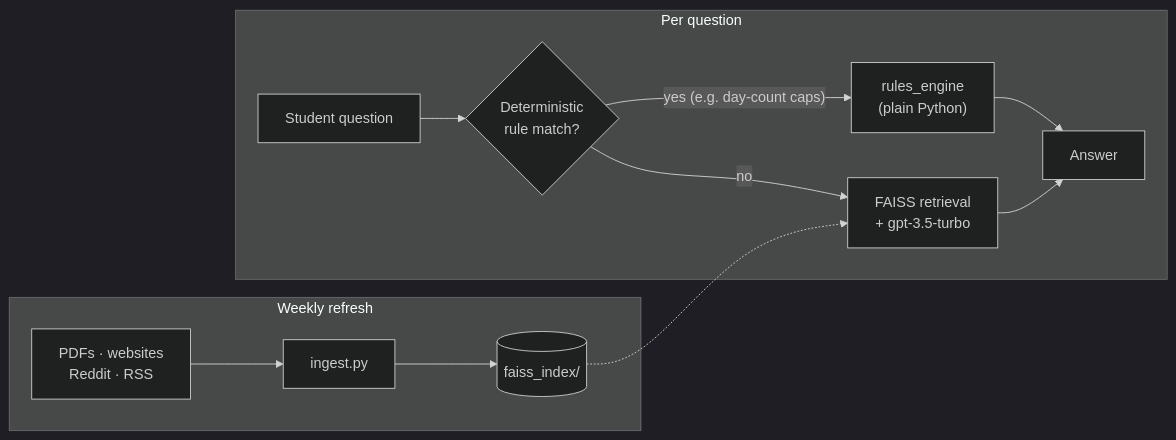
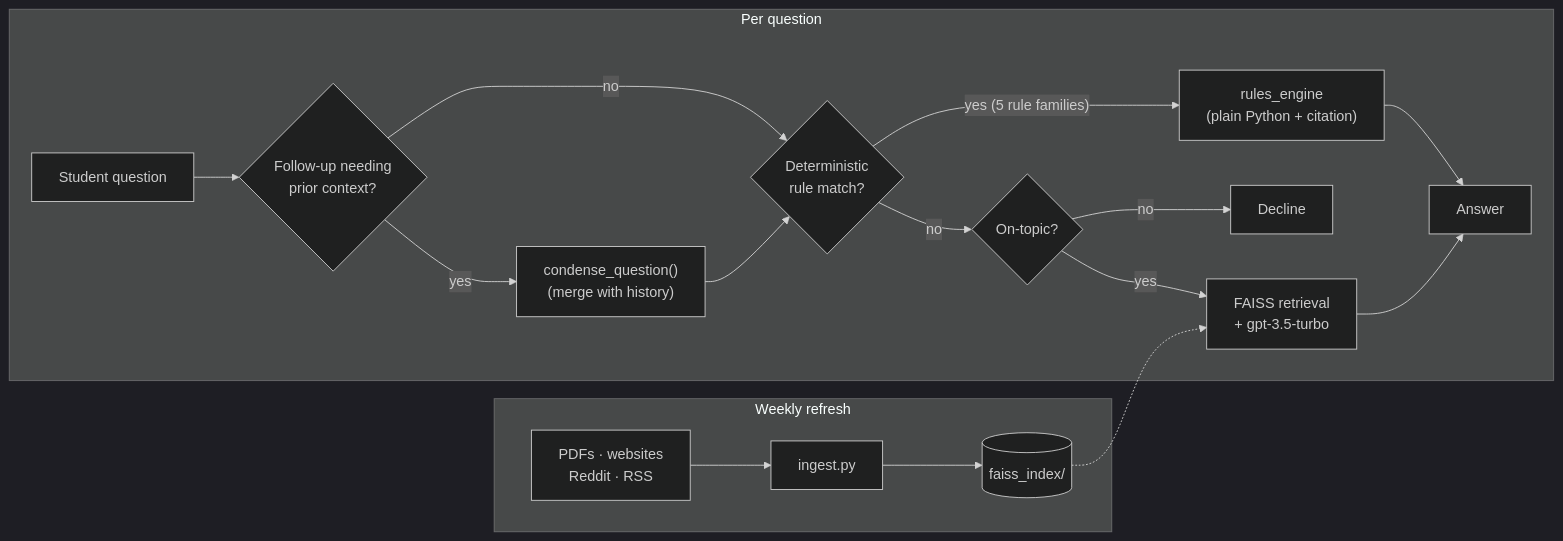
Before and after one commit to haramrit09k/f1rstaid: the diagram in README.md, drawn with Mermaid (dark theme). The commit also changed other lines of this file, not shown here.

````diff
--- a/README.md
+++ b/README.md
@@ -27,15 +19,20 @@
 ```mermaid
 flowchart LR
     subgraph Weekly["Weekly refresh"]
         S["PDFs · websites\nReddit · RSS"] --> I["ingest.py"] --> V[("faiss_index/")]
     end
 
     subgraph PerQuestion["Per question"]
-        Q["Student question"] --> R{"Deterministic\nrule match?"}
-        R -- "yes (e.g. day-count caps)" --> D["rules_engine\n(plain Python)"]
-        R -- "no" --> F["FAISS retrieval\n+ gpt-3.5-turbo"]
+        Q["Student question"] --> C{"Follow-up needing\nprior context?"}
+        C -- yes --> M["condense_question()\n(merge with history)"]
+        C -- no --> R
+        M --> R{"Deterministic\nrule match?"}
+        R -- "yes (5 rule families)" --> D["rules_engine\n(plain Python + citation)"]
+        R -- "no" --> G{"On-topic?"}
+        G -- no --> X["Decline"]
+        G -- yes --> F["FAISS retrieval\n+ gpt-3.5-turbo"]
         V -.-> F
         D --> A["Answer"]
         F --> A
     end
 ```
````
